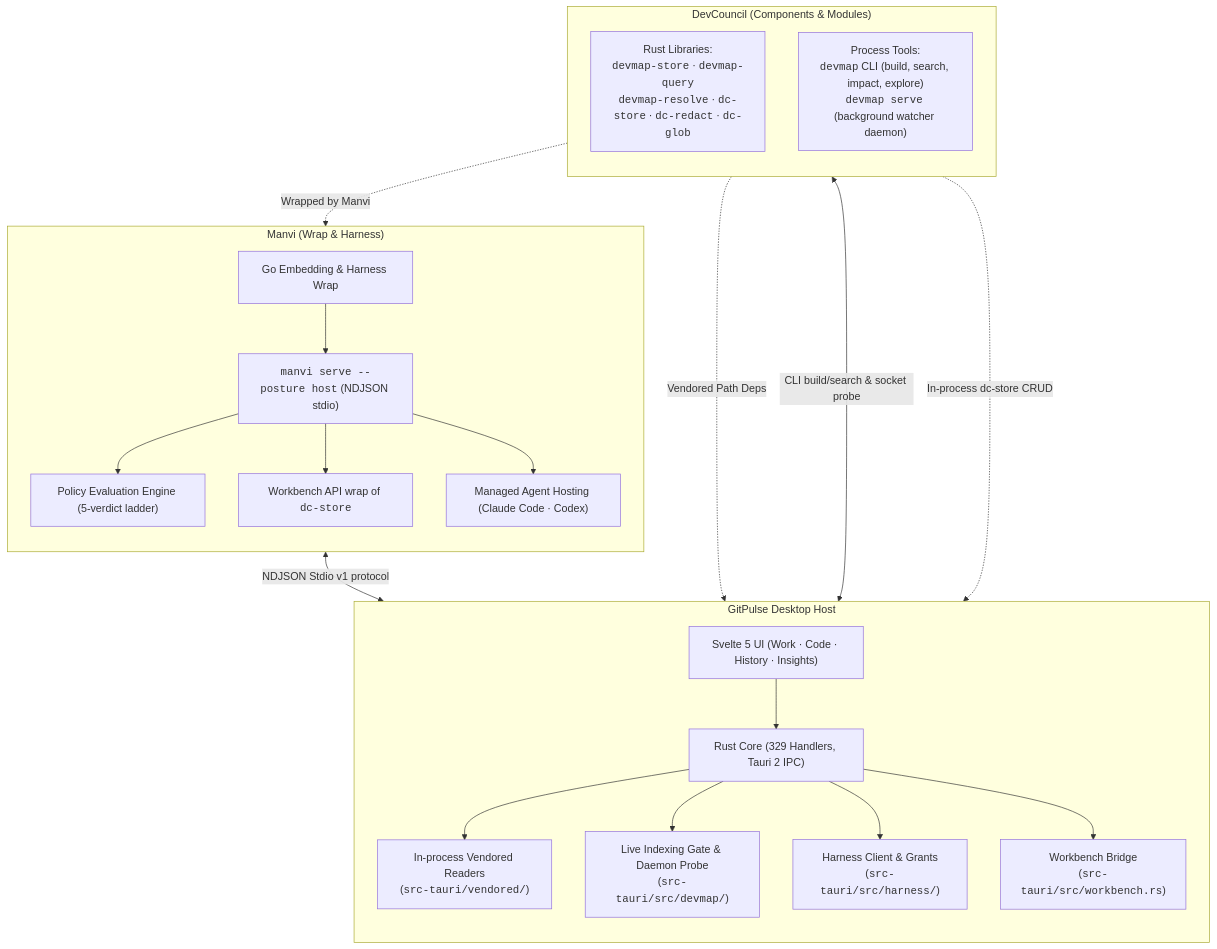
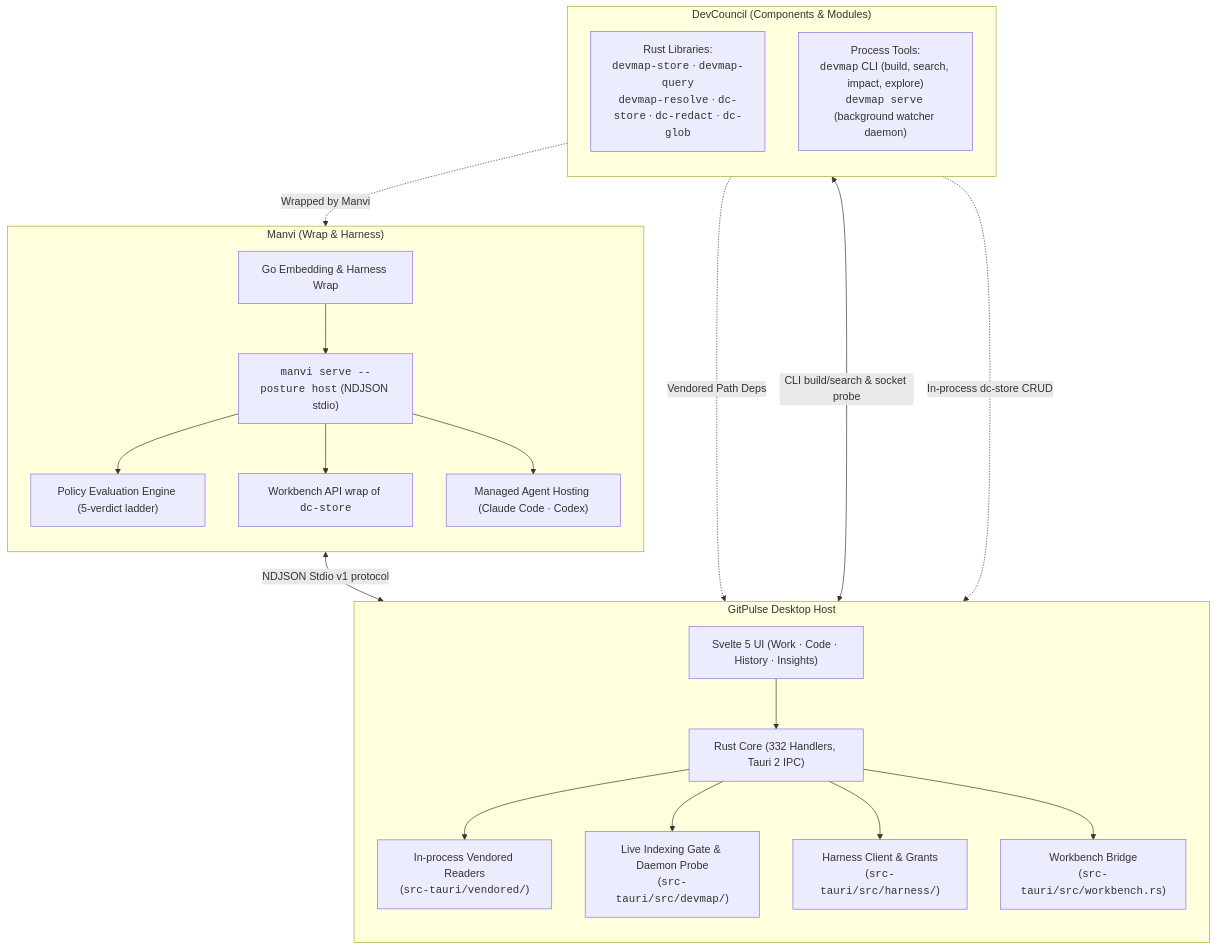
Before and after one commit to bharathvbcr/GitPulse: the first of 3 diagrams in docs/MODULE_INTEGRATION.md, drawn with Mermaid. The commit also changed 20 other files, not shown here.

````diff
--- a/docs/MODULE_INTEGRATION.md
+++ b/docs/MODULE_INTEGRATION.md
@@ -40,43 +40,43 @@
 ```mermaid
 flowchart TD
     subgraph DevCouncil["DevCouncil (Components & Modules)"]
         direction TB
         DCLibs["Rust Libraries:<br/><code>devmap-store</code> · <code>devmap-query</code><br/><code>devmap-resolve</code> · <code>dc-store</code> · <code>dc-redact</code> · <code>dc-glob</code>"]
         DCCLI["Process Tools:<br/><code>devmap</code> CLI (build, search, impact, explore)<br/><code>devmap serve</code> (background watcher daemon)"]
     end
 
     subgraph Manvi["Manvi (Wrap & Harness)"]
         direction TB
         ManviWrap["Go Embedding & Harness Wrap"]
         ManviSidecar["<code>manvi serve --posture host</code> (NDJSON stdio)"]
         ManviPolicy["Policy Evaluation Engine (5-verdict ladder)"]
         ManviWorkbench["Workbench API wrap of <code>dc-store</code>"]
         ManviAgents["Managed Agent Hosting (Claude Code · Codex)"]
         ManviWrap --> ManviSidecar
         ManviSidecar --> ManviPolicy
         ManviSidecar --> ManviWorkbench
         ManviSidecar --> ManviAgents
     end
 
     subgraph GitPulseHost["GitPulse Desktop Host"]
         direction TB
         UIHost["Svelte 5 UI (Work · Code · History · Insights)"]
-        RustIPC["Rust Core (329 Handlers, Tauri 2 IPC)"]
+        RustIPC["Rust Core (332 Handlers, Tauri 2 IPC)"]
         InProcessReaders["In-process Vendored Readers<br/>(<code>src-tauri/vendored/</code>)"]
         CLIGate["Live Indexing Gate & Daemon Probe<br/>(<code>src-tauri/src/devmap/</code>)"]
         HarnessClient["Harness Client & Grants<br/>(<code>src-tauri/src/harness/</code>)"]
         WorkbenchCmd["Workbench Bridge<br/>(<code>src-tauri/src/workbench.rs</code>)"]
 
         UIHost --> RustIPC
         RustIPC --> InProcessReaders
         RustIPC --> CLIGate
         RustIPC --> HarnessClient
         RustIPC --> WorkbenchCmd
     end
 
     DCLibs -.->|Vendored Path Deps| InProcessReaders
     DCCLI <-->|CLI build/search & socket probe| CLIGate
     DCLibs -.->|Wrapped by Manvi| ManviWorkbench
     ManviSidecar <-->|NDJSON Stdio v1 protocol| HarnessClient
     DCLibs -.->|In-process dc-store CRUD| WorkbenchCmd
 ```
````
